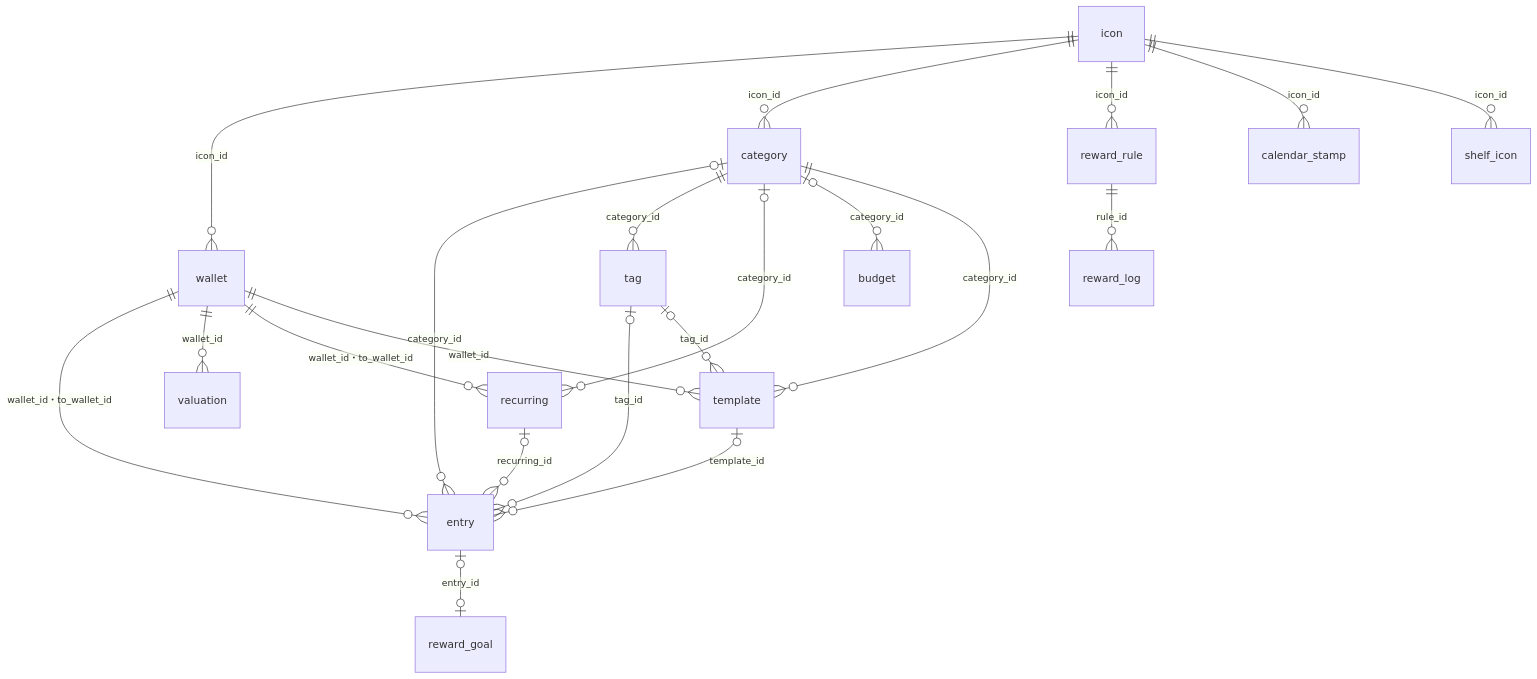
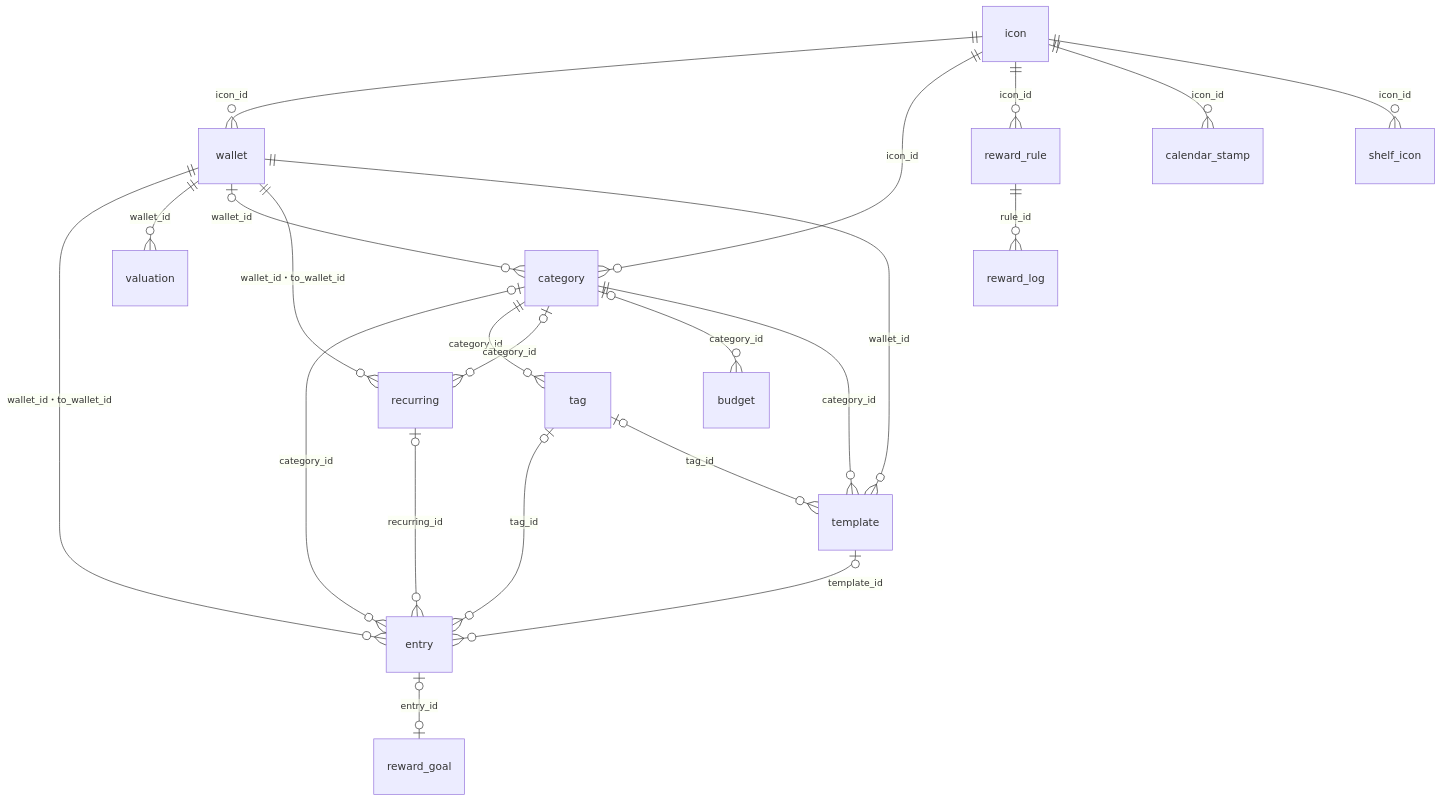
One commit to yossibank/kakeibot changed the diagram in docs/data.md. Above: the diagram before and after it, drawn with Mermaid. The commit also changed other lines of this file and 16 other files, not shown here.

````diff
--- a/docs/data.md
+++ b/docs/data.md
@@ -11,23 +11,24 @@
 ```mermaid
 erDiagram
     icon ||--o{ wallet : "icon_id"
     icon ||--o{ category : "icon_id"
     icon ||--o{ reward_rule : "icon_id"
     icon ||--o{ calendar_stamp : "icon_id"
     icon ||--o{ shelf_icon : "icon_id"
     wallet ||--o{ entry : "wallet_id・to_wallet_id"
     wallet ||--o{ valuation : "wallet_id"
     category |o--o{ entry : "category_id"
     category ||--o{ tag : "category_id"
+    wallet |o--o{ category : "wallet_id"
     tag |o--o{ entry : "tag_id"
     tag |o--o{ template : "tag_id"
     template |o--o{ entry : "template_id"
     recurring |o--o{ entry : "recurring_id"
     wallet ||--o{ recurring : "wallet_id・to_wallet_id"
     category |o--o{ recurring : "category_id"
     category |o--o{ budget : "category_id"
     category ||--o{ template : "category_id"
     wallet ||--o{ template : "wallet_id"
     reward_rule ||--o{ reward_log : "rule_id"
     entry |o--o| reward_goal : "entry_id"
 ```
````
